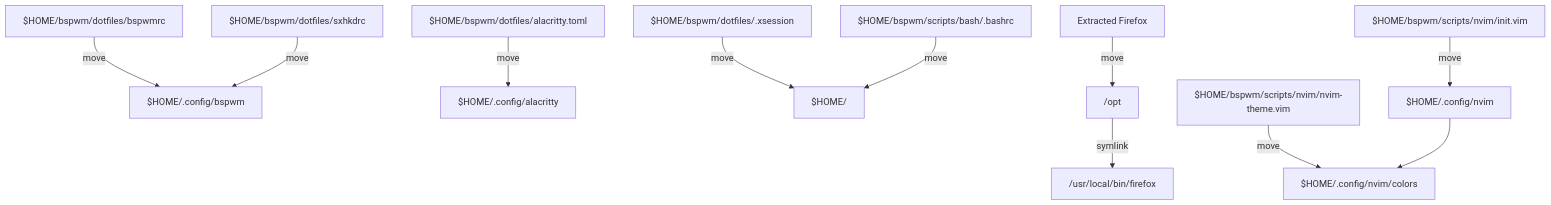
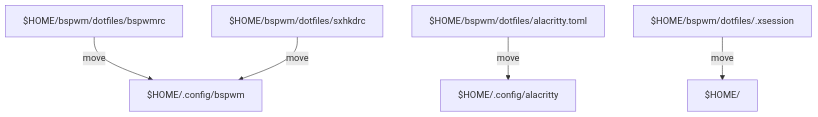
The diagram in README.md (driversline/dotfiles), drawn with Mermaid before and after one commit.

````diff
--- a/README.md
+++ b/README.md
@@ -9,16 +9,7 @@
 ```mermaid
 graph TD;
     bspwmrc["$HOME/bspwm/dotfiles/bspwmrc"] -->|move| bspwm_config["$HOME/.config/bspwm"]
     sxhkdrc["$HOME/bspwm/dotfiles/sxhkdrc"] -->|move| bspwm_config
     alacritty_toml["$HOME/bspwm/dotfiles/alacritty.toml"] -->|move| alacritty_config["$HOME/.config/alacritty"]
     xsession["$HOME/bspwm/dotfiles/.xsession"] -->|move| home["$HOME/"]
-
-    bashrc["$HOME/bspwm/scripts/bash/.bashrc"] -->|move| home
-
-    firefox["Extracted Firefox"] -->|move| opt["/opt"]
-    opt -->|symlink| usr_local_bin["/usr/local/bin/firefox"]
-
-    nvim_init["$HOME/bspwm/scripts/nvim/init.vim"] -->|move| nvim_config["$HOME/.config/nvim"]
-    nvim_theme["$HOME/bspwm/scripts/nvim/nvim-theme.vim"] -->|move| nvim_colors["$HOME/.config/nvim/colors"]
-    nvim_config --> nvim_colors
 ```
````
